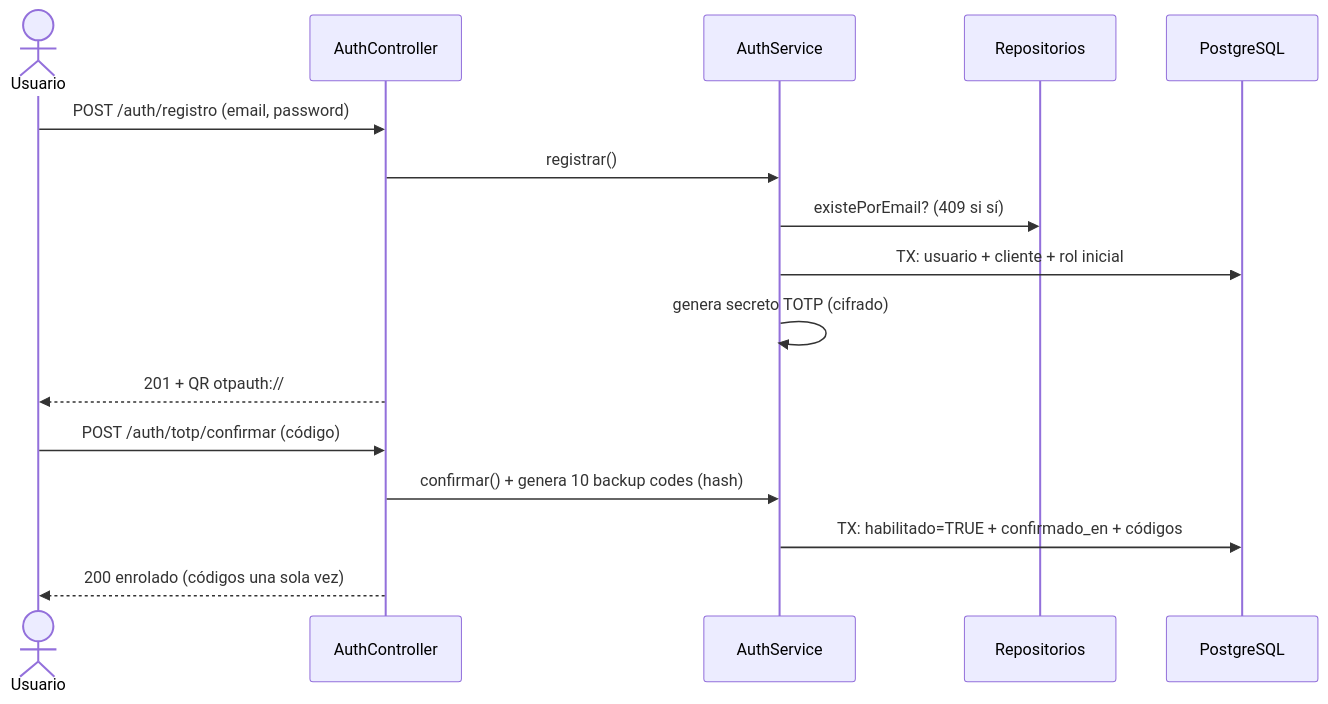
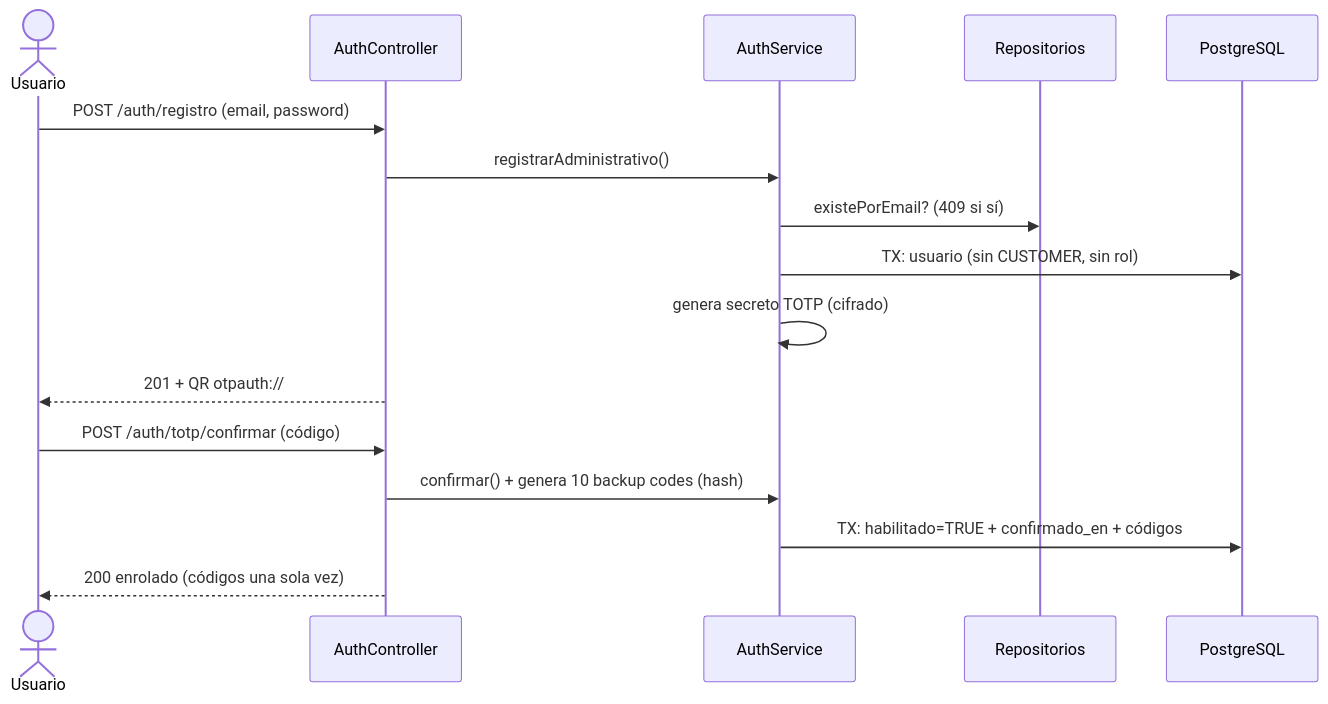
One commit to LeandroPacsiM/shopify-backend changed the first of 6 diagrams in diagramas/04-secuencia-auth.md. Above: the diagram before and after it, drawn with Mermaid. The commit also changed other lines of this file and 45 other files, not shown here.

````diff
--- a/diagramas/04-secuencia-auth.md
+++ b/diagramas/04-secuencia-auth.md
@@ -7,19 +5,19 @@
 ```mermaid
 sequenceDiagram
     actor U as Usuario
     participant C as AuthController
     participant S as AuthService
     participant R as Repositorios
     participant D as PostgreSQL
 
     U->>C: POST /auth/registro (email, password)
-    C->>S: registrar()
+    C->>S: registrarAdministrativo()
     S->>R: existePorEmail? (409 si sí)
-    S->>D: TX: usuario + cliente + rol inicial
+    S->>D: TX: usuario (sin CUSTOMER, sin rol)
     S->>S: genera secreto TOTP (cifrado)
     C-->>U: 201 + QR otpauth://
     U->>C: POST /auth/totp/confirmar (código)
     C->>S: confirmar() + genera 10 backup codes (hash)
     S->>D: TX: habilitado=TRUE + confirmado_en + códigos
     C-->>U: 200 enrolado (códigos una sola vez)
 ```
````
